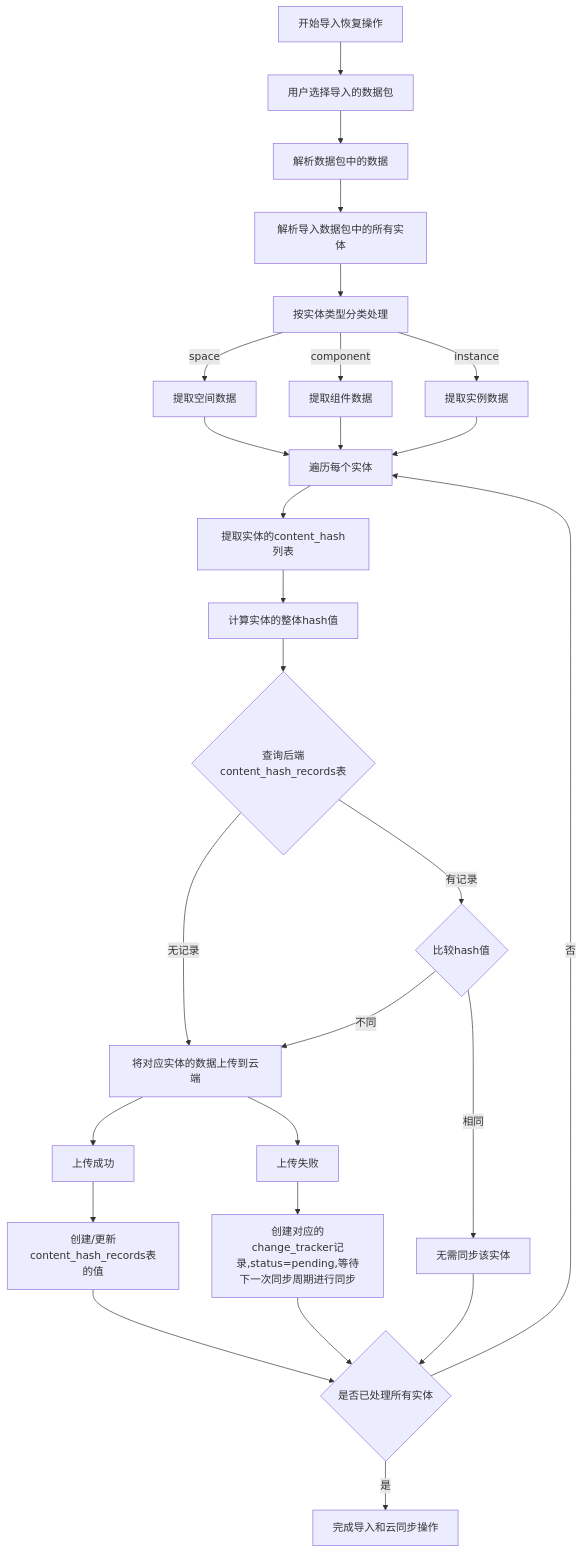
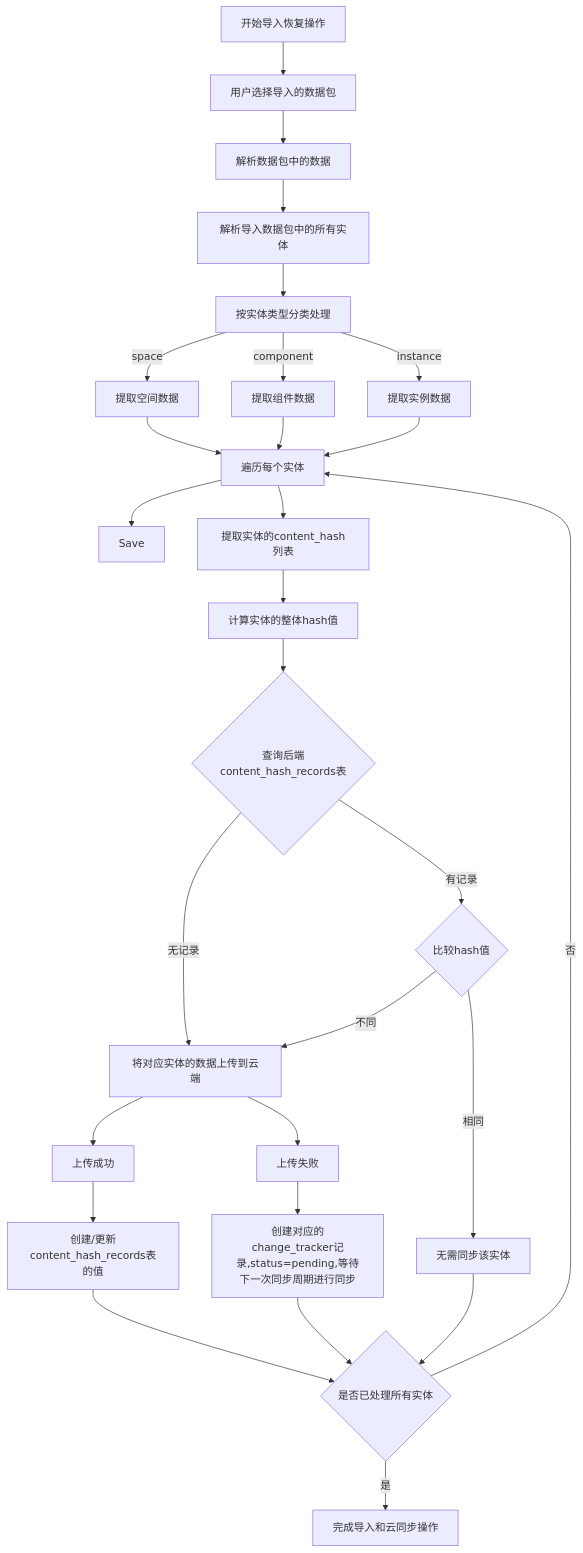
One commit to yingjianzh/iodraw-files changed the diagram in all/未命名-45.md. Above: the diagram before and after it, drawn with Mermaid.

Commit message:
2025-04-27 18:02:00 update

````diff
--- a/all/未命名-45.md
+++ b/all/未命名-45.md
@@ -1,44 +1,44 @@
 ```mermaid
 
 flowchart TD
     A[开始导入恢复操作] --> B[用户选择导入的数据包]
     B --> C[解析数据包中的数据]
     
     C --> D[解析导入数据包中的所有实体]
     D --> G[按实体类型分类处理]
     
     G -->|space| H1[提取空间数据]
     G -->|component| H2[提取组件数据]
     G -->|instance| H3[提取实例数据]
     
     H1 --> I[遍历每个实体]
     H2 --> I
     H3 --> I
     
-    
+    I --> Save
     I --> J[提取实体的content_hash列表]
     J --> K[计算实体的整体hash值]
     
     K --> L{查询后端content_hash_records表}
     L -->|无记录| M1[将对应实体的数据上传到云端]
     M1 --> N1[上传成功]
     M1 --> N2[上传失败]
     
     N2 --> N3[创建对应的change_tracker记录,status=pending,等待下一次同步周期进行同步]
     N3 --> S
     N1 --> M4[创建/更新content_hash_records表的值]
 
 
     L -->|有记录| M2{比较hash值}
     M2 -->|不同| M1
 
     M2 -->|相同| M3[无需同步该实体]
     
     
     M3 --> S{是否已处理所有实体}
     M4 --> S{是否已处理所有实体}
     
     S -->|否| I
     S -->|是| T[完成导入和云同步操作]
 
 ```
````
